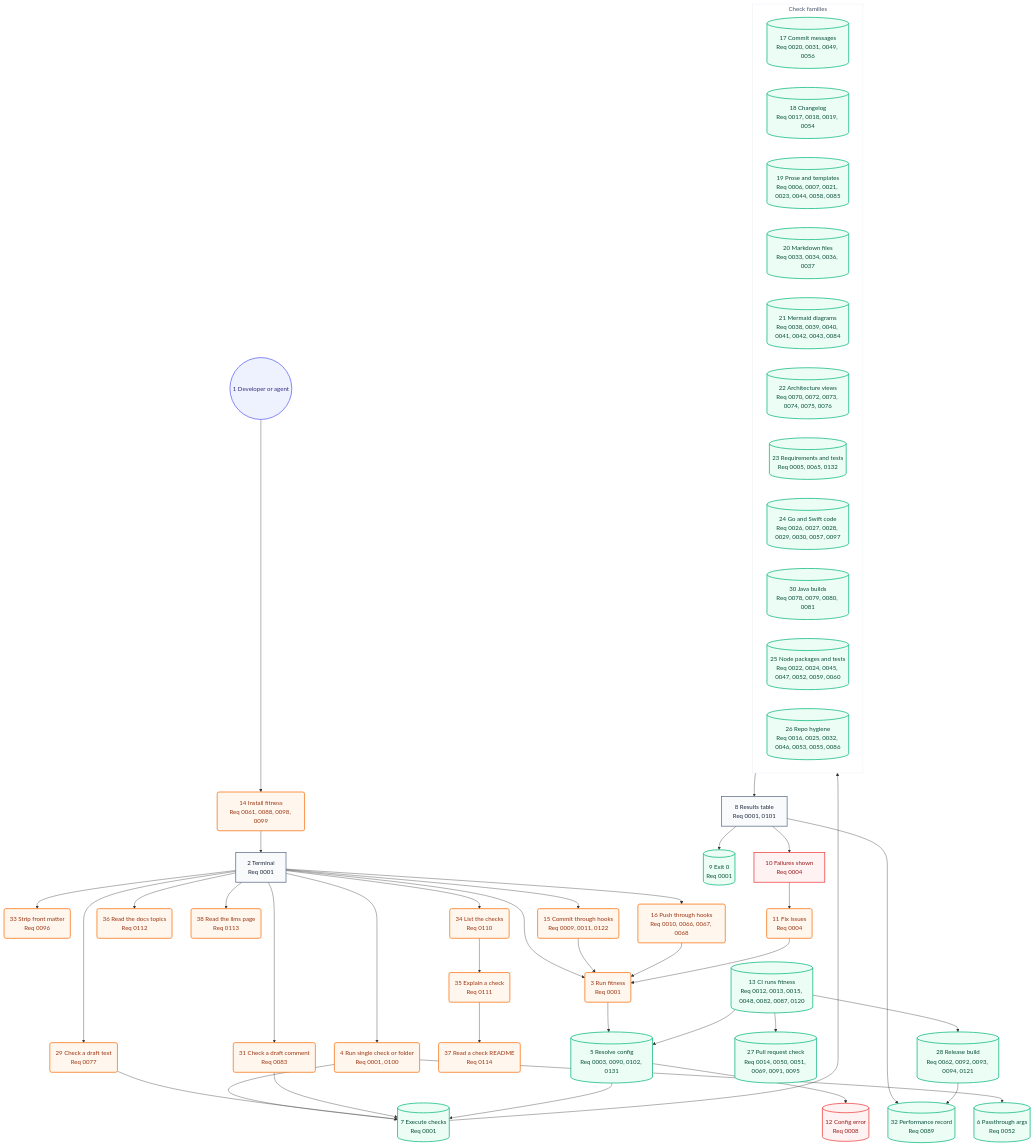
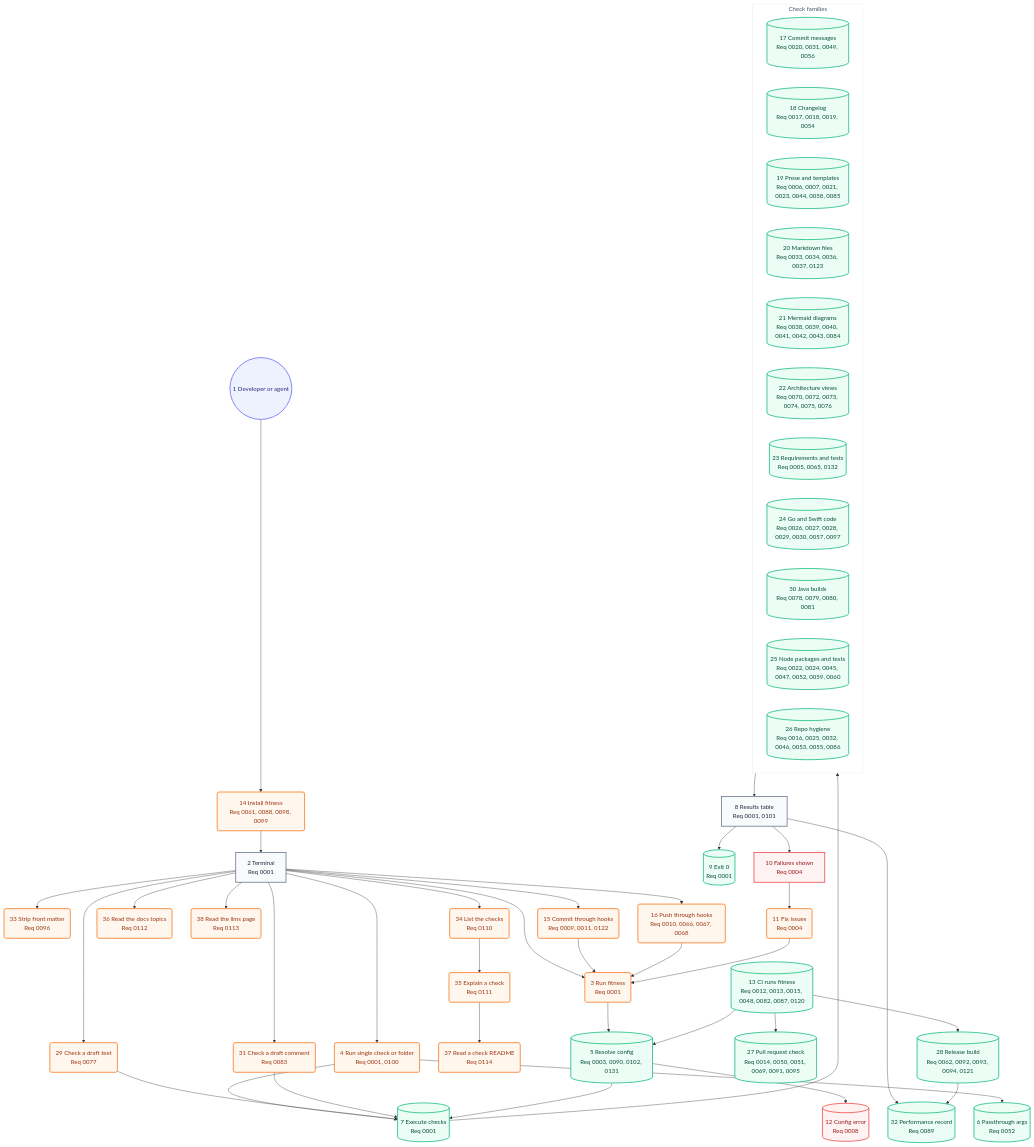
One commit to may-journal/fitness-runner changed the second of 2 diagrams in docs/architecture/05-user-journey.md. Above: the diagram before and after it, drawn with Mermaid. The commit also changed 23 other files, not shown here.

```diff
--- a/docs/architecture/05-user-journey.md
+++ b/docs/architecture/05-user-journey.md
@@ -57,7 +57,7 @@
         commitChecks[(17 Commit messages<br/>Req 0020, 0031, 0049, 0056)]:::system
         changelogChecks[(18 Changelog<br/>Req 0017, 0018, 0019, 0054)]:::system
         proseChecks[(19 Prose and templates<br/>Req 0006, 0007, 0021, 0023, 0044, 0058, 0085)]:::system
-        markdownChecks[(20 Markdown files<br/>Req 0033, 0034, 0036, 0037)]:::system
+        markdownChecks[(20 Markdown files<br/>Req 0033, 0034, 0036, 0037, 0123)]:::system
         mermaidChecks[(21 Mermaid diagrams<br/>Req 0038, 0039, 0040, 0041, 0042, 0043, 0084)]:::system
         architectureChecks[(22 Architecture views<br/>Req 0070, 0072, 0073, 0074, 0075, 0076)]:::system
         requirementChecks[(23 Requirements and tests<br/>Req 0005, 0065, 0132)]:::system
```
